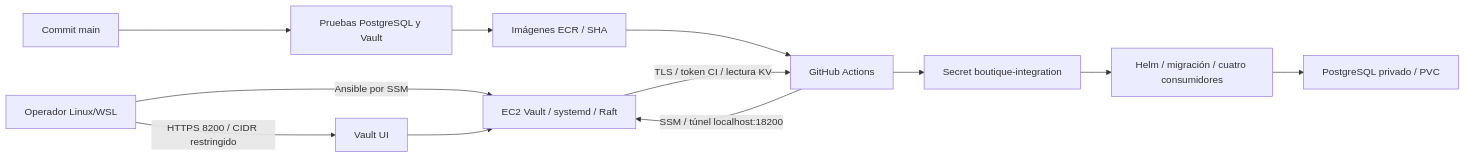
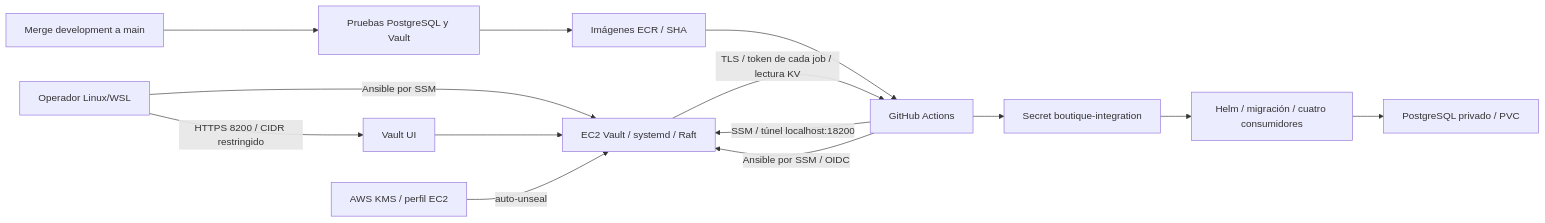
Before and after one commit to Hacket00GTFO/Boutique-Eq4-DevOPS: the diagram in docs/vault-lab.md, drawn with Mermaid. The commit also changed other lines of this file and 25 other files, not shown here.

Commit message:
Automate Learner Lab releases with per-job Vault identity

````diff
--- a/docs/vault-lab.md
+++ b/docs/vault-lab.md
@@ -11,14 +13,16 @@
 ```mermaid
 flowchart LR
     A[Operador Linux/WSL] -->|Ansible por SSM| V[EC2 Vault / systemd / Raft]
     A -->|HTTPS 8200 / CIDR restringido| U[Vault UI]
     U --> V
-    G[Commit main] --> T[Pruebas PostgreSQL y Vault]
+    G[Merge development a main] --> T[Pruebas PostgreSQL y Vault]
     T --> E[Imágenes ECR / SHA]
     E --> C[GitHub Actions]
     C -->|SSM / túnel localhost:18200| V
-    V -->|TLS / token CI / lectura KV| C
+    C -->|Ansible por SSM / OIDC| V
+    M[AWS KMS / perfil EC2] -->|auto-unseal| V
+    V -->|TLS / token de cada job / lectura KV| C
     C --> S[Secret boutique-integration]
     S --> K[Helm / migración / cuatro consumidores]
     K --> P[PostgreSQL privado / PVC]
 ```
````
